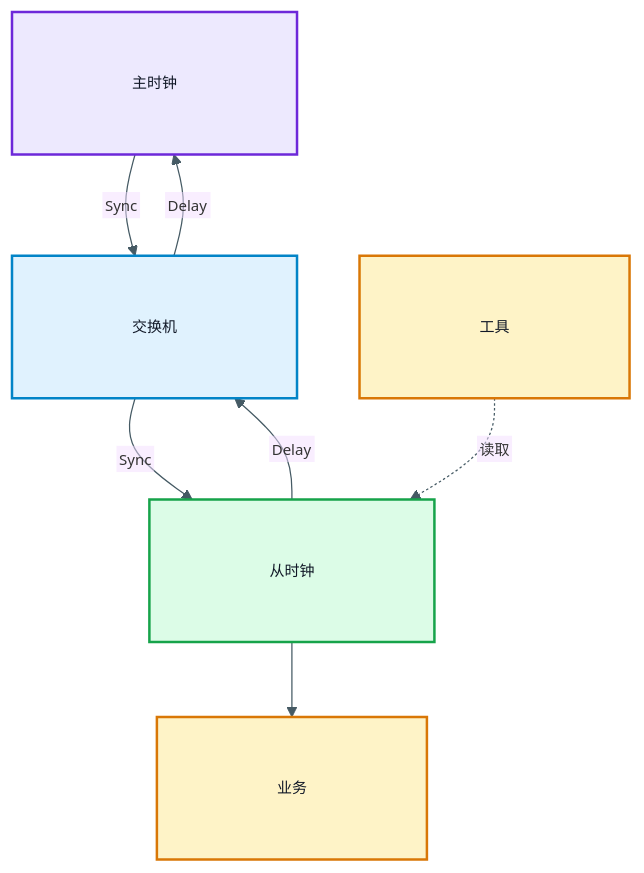
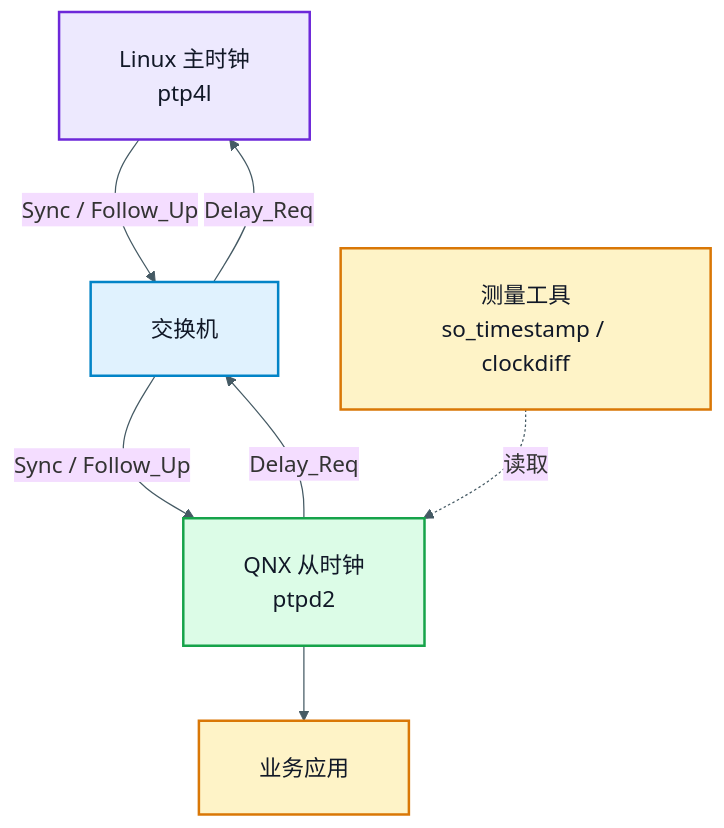
Before and after one commit to DeguiLiu/tech-notes: the first of 3 diagrams in content/posts/performance/qnx_ptpd_time_sync_accuracy.md, drawn with Mermaid. The commit also changed other lines of this file, not shown here.

Commit message:
story-docs(blog): restore QNX post mermaid style

````diff
--- a/content/posts/performance/qnx_ptpd_time_sync_accuracy.md
+++ b/content/posts/performance/qnx_ptpd_time_sync_accuracy.md
@@ -53,23 +53,23 @@
 ```mermaid
-%%{init: {"theme":"base","themeVariables":{"fontFamily":"sans-serif","fontSize":"12px","lineColor":"#455A64"},"flowchart":{"htmlLabels":false,"padding":48,"nodeSpacing":50,"rankSpacing":60}}}%%
+%%{init: {"theme":"base","themeVariables":{"fontFamily":"sans-serif","fontSize":"18px","lineColor":"#455A64"},"flowchart":{"htmlLabels":true,"padding":24,"nodeSpacing":50,"rankSpacing":60}}}%%
 flowchart TB
-    GM["主时钟"]
+    GM["Linux 主时钟<br/>ptp4l"]
     SW["交换机"]
-    QNX["从时钟"]
-    APP["业务"]
-    TOOL["工具"]
-    GM -->|Sync| SW
-    SW -->|Sync| QNX
-    QNX -->|Delay| SW
-    SW -->|Delay| GM
+    QNX["QNX 从时钟<br/>ptpd2"]
+    APP["业务应用"]
+    TOOL["测量工具<br/>so_timestamp / clockdiff"]
+    GM -->|Sync / Follow_Up| SW
+    SW -->|Sync / Follow_Up| QNX
+    QNX -->|Delay_Req| SW
+    SW -->|Delay_Req| GM
     QNX --> APP
     TOOL -.->|读取| QNX
     classDef master fill:#EDE9FE,stroke:#6D28D9,stroke-width:2px,color:#111827
     classDef net fill:#E0F2FE,stroke:#0284C7,stroke-width:2px,color:#111827
     classDef slave fill:#DCFCE7,stroke:#16A34A,stroke-width:2px,color:#111827
     classDef app fill:#FEF3C7,stroke:#D97706,stroke-width:2px,color:#111827
     class GM master
     class SW net
     class QNX slave
     class APP,TOOL app
 ```
````
